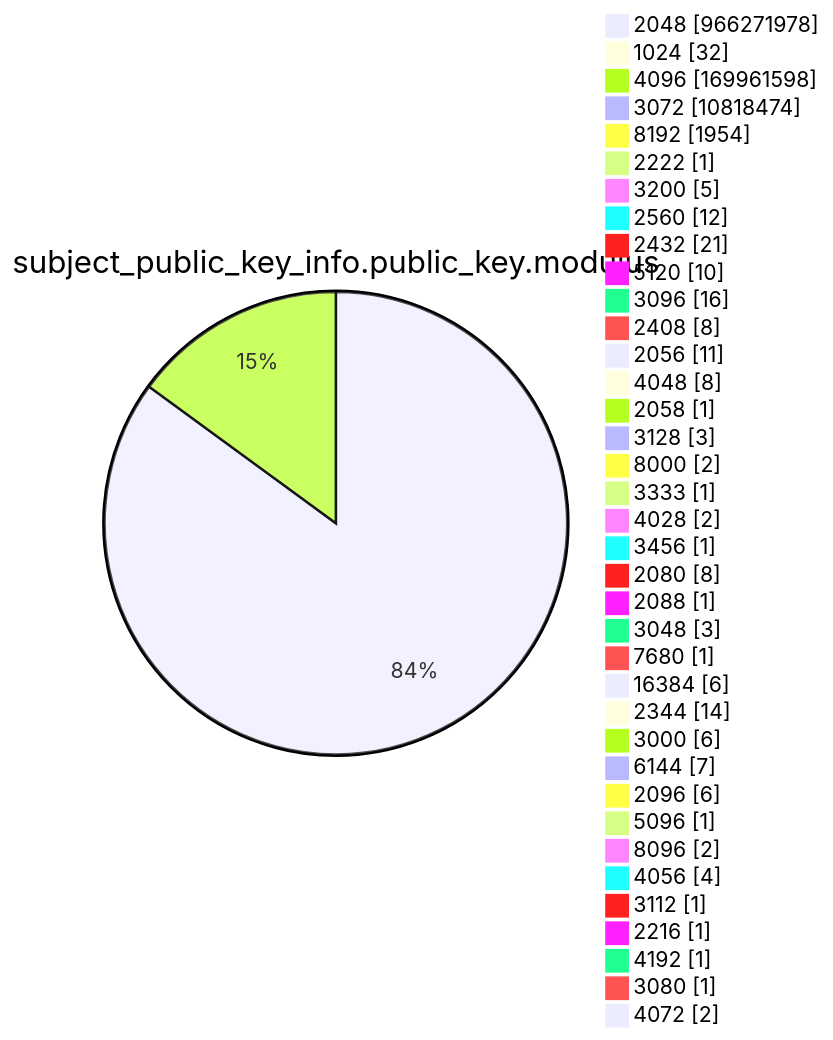
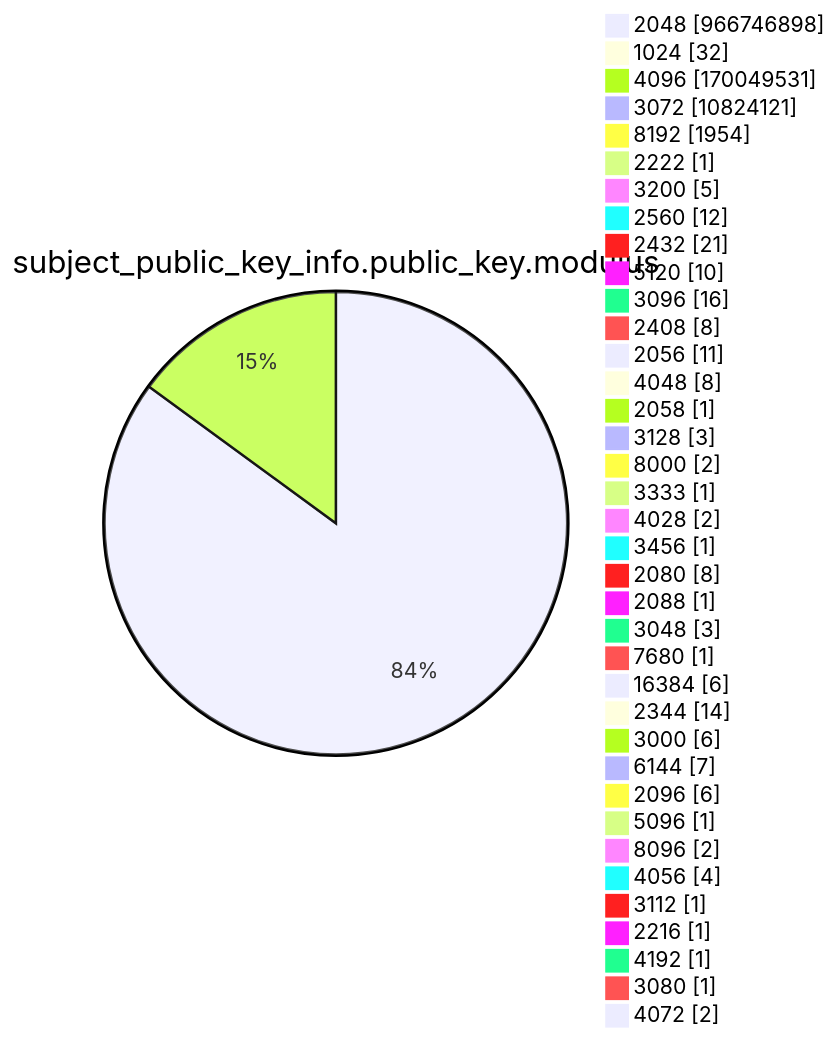
Before and after one commit to christiankrug/ctmonitor_visualization: diagram 13 of 15 in argon2022/README.md, drawn with Mermaid. The commit also changed other lines of this file, not shown here.

````diff
--- a/argon2022/README.md
+++ b/argon2022/README.md
@@ -3587,41 +3587,41 @@
 ```mermaid
 pie showData
 title subject_public_key_info.public_key.modulus
-"2048" :966271978
+"2048" :966746898
 "1024" :32
-"4096" :169961598
-"3072" :10818474
+"4096" :170049531
+"3072" :10824121
 "8192" :1954
 "2222" :1
 "3200" :5
 "2560" :12
 "2432" :21
 "5120" :10
 "3096" :16
 "2408" :8
 "2056" :11
 "4048" :8
 "2058" :1
 "3128" :3
 "8000" :2
 "3333" :1
 "4028" :2
 "3456" :1
 "2080" :8
 "2088" :1
 "3048" :3
 "7680" :1
 "16384" :6
 "2344" :14
 "3000" :6
 "6144" :7
 "2096" :6
 "5096" :1
 "8096" :2
 "4056" :4
 "3112" :1
 "2216" :1
 "4192" :1
 "3080" :1
 "4072" :2
 ```
````
